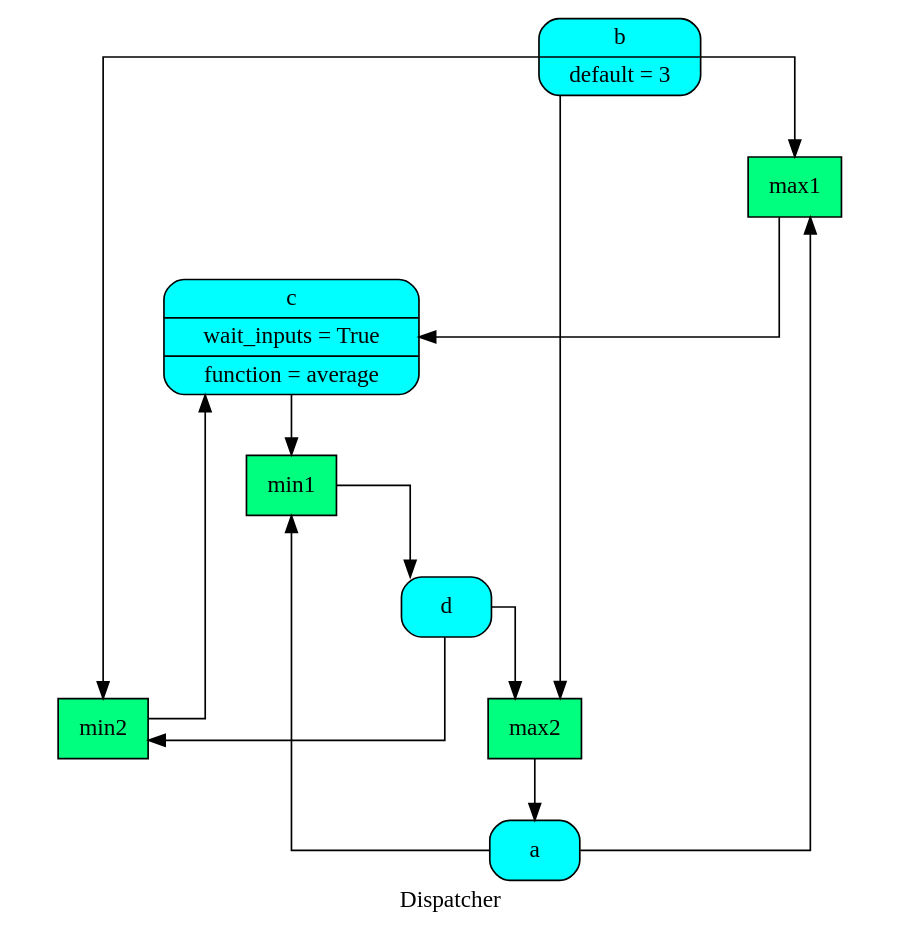
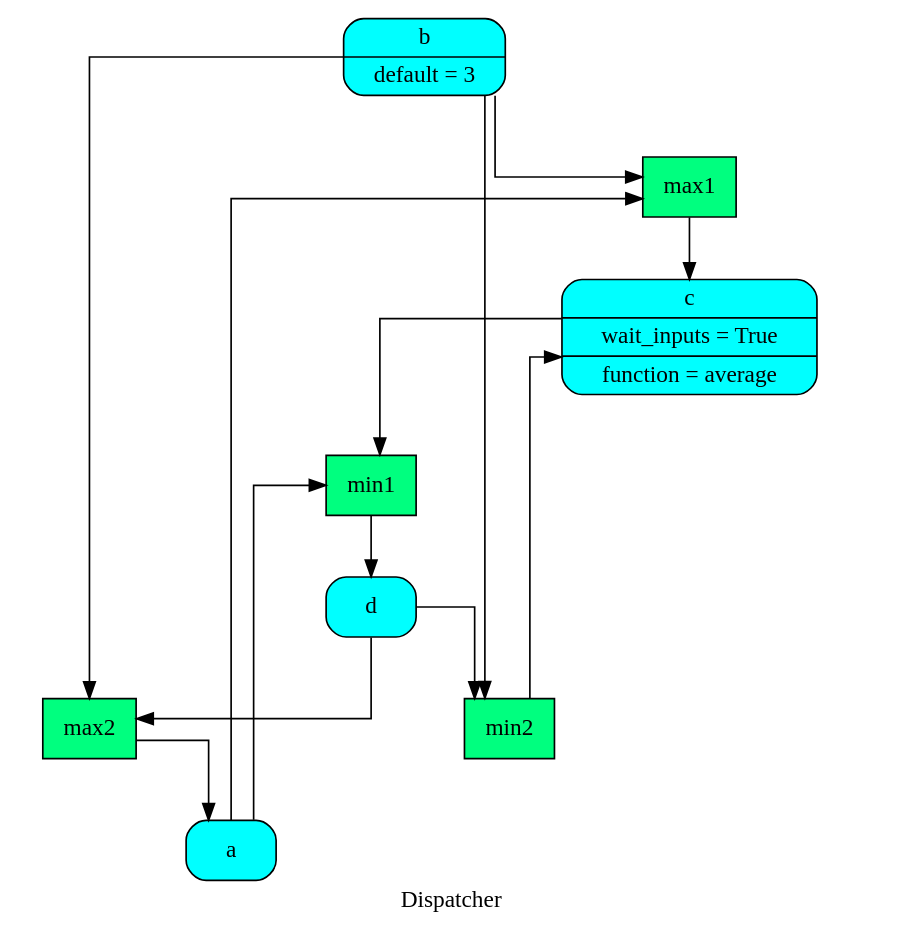
One commit to vinci1it2000/schedula changed the diagram in doc/source/dispatcher/__init__/remove_cycles/dsp.dot. Above: the diagram before and after it, drawn with Graphviz. The commit also changed 22 other files, not shown here.

```diff
--- a/doc/source/dispatcher/__init__/remove_cycles/dsp.dot
+++ b/doc/source/dispatcher/__init__/remove_cycles/dsp.dot
@@ -1,26 +1,26 @@
 digraph Dispatcher {
 	graph [ratio=1]
 	node [style=filled]
 	splines = ortho
 	label = "Dispatcher"
-		Dispatcher_5198365931108737741 [label="{ b | default = 3 }" fillcolor=cyan shape=Mrecord]
-		"Dispatcher_-7207337145593852604" [label="{ max1  }" fillcolor=springgreen shape=record]
-		"Dispatcher_-7122603177858460539" [label="{ c | wait_inputs = True | function = average }" fillcolor=cyan shape=Mrecord]
-		Dispatcher_5480929652211854425 [label="{ min2  }" fillcolor=springgreen shape=record]
-		"Dispatcher_-1704685541314843478" [label="{ max2  }" fillcolor=springgreen shape=record]
-		"Dispatcher_-8678671152349271859" [label="{ a  }" fillcolor=cyan shape=Mrecord]
-		"Dispatcher_-5279003028835121650" [label="{ d  }" fillcolor=cyan shape=Mrecord]
-		Dispatcher_1758476848877788911 [label="{ min1  }" fillcolor=springgreen shape=record]
-			Dispatcher_5198365931108737741 -> Dispatcher_5480929652211854425
-			Dispatcher_5198365931108737741 -> "Dispatcher_-1704685541314843478"
-			Dispatcher_5198365931108737741 -> "Dispatcher_-7207337145593852604"
-			"Dispatcher_-7207337145593852604" -> "Dispatcher_-7122603177858460539"
-			"Dispatcher_-7122603177858460539" -> Dispatcher_1758476848877788911
-			Dispatcher_5480929652211854425 -> "Dispatcher_-7122603177858460539"
-			"Dispatcher_-1704685541314843478" -> "Dispatcher_-8678671152349271859"
-			"Dispatcher_-8678671152349271859" -> "Dispatcher_-7207337145593852604"
-			"Dispatcher_-8678671152349271859" -> Dispatcher_1758476848877788911
-			"Dispatcher_-5279003028835121650" -> Dispatcher_5480929652211854425
-			"Dispatcher_-5279003028835121650" -> "Dispatcher_-1704685541314843478"
-			Dispatcher_1758476848877788911 -> "Dispatcher_-5279003028835121650"
+		Dispatcher_2818472975434021684 [label="{ max1  }" fillcolor=springgreen shape=record]
+		Dispatcher_1161704250910580454 [label="{ c | wait_inputs = True | function = average }" fillcolor=cyan shape=Mrecord]
+		"Dispatcher_-7776202301500148952" [label="{ a  }" fillcolor=cyan shape=Mrecord]
+		"Dispatcher_-3213620635472148116" [label="{ max2  }" fillcolor=springgreen shape=record]
+		"Dispatcher_-2731849412965960310" [label="{ min1  }" fillcolor=springgreen shape=record]
+		"Dispatcher_-2827990929827519670" [label="{ min2  }" fillcolor=springgreen shape=record]
+		Dispatcher_3212931600518739037 [label="{ b | default = 3 }" fillcolor=cyan shape=Mrecord]
+		Dispatcher_1248373816960019038 [label="{ d  }" fillcolor=cyan shape=Mrecord]
+			Dispatcher_2818472975434021684 -> Dispatcher_1161704250910580454
+			Dispatcher_1161704250910580454 -> "Dispatcher_-2731849412965960310"
+			"Dispatcher_-7776202301500148952" -> "Dispatcher_-2731849412965960310"
+			"Dispatcher_-7776202301500148952" -> Dispatcher_2818472975434021684
+			"Dispatcher_-3213620635472148116" -> "Dispatcher_-7776202301500148952"
+			"Dispatcher_-2731849412965960310" -> Dispatcher_1248373816960019038
+			"Dispatcher_-2827990929827519670" -> Dispatcher_1161704250910580454
+			Dispatcher_3212931600518739037 -> "Dispatcher_-3213620635472148116"
+			Dispatcher_3212931600518739037 -> "Dispatcher_-2827990929827519670"
+			Dispatcher_3212931600518739037 -> Dispatcher_2818472975434021684
+			Dispatcher_1248373816960019038 -> "Dispatcher_-2827990929827519670"
+			Dispatcher_1248373816960019038 -> "Dispatcher_-3213620635472148116"
 }
```
